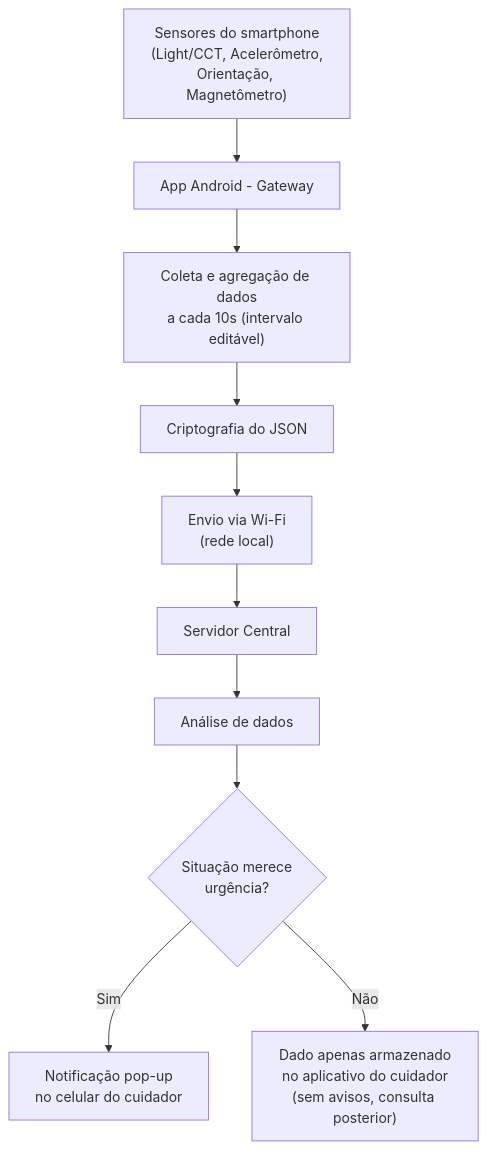
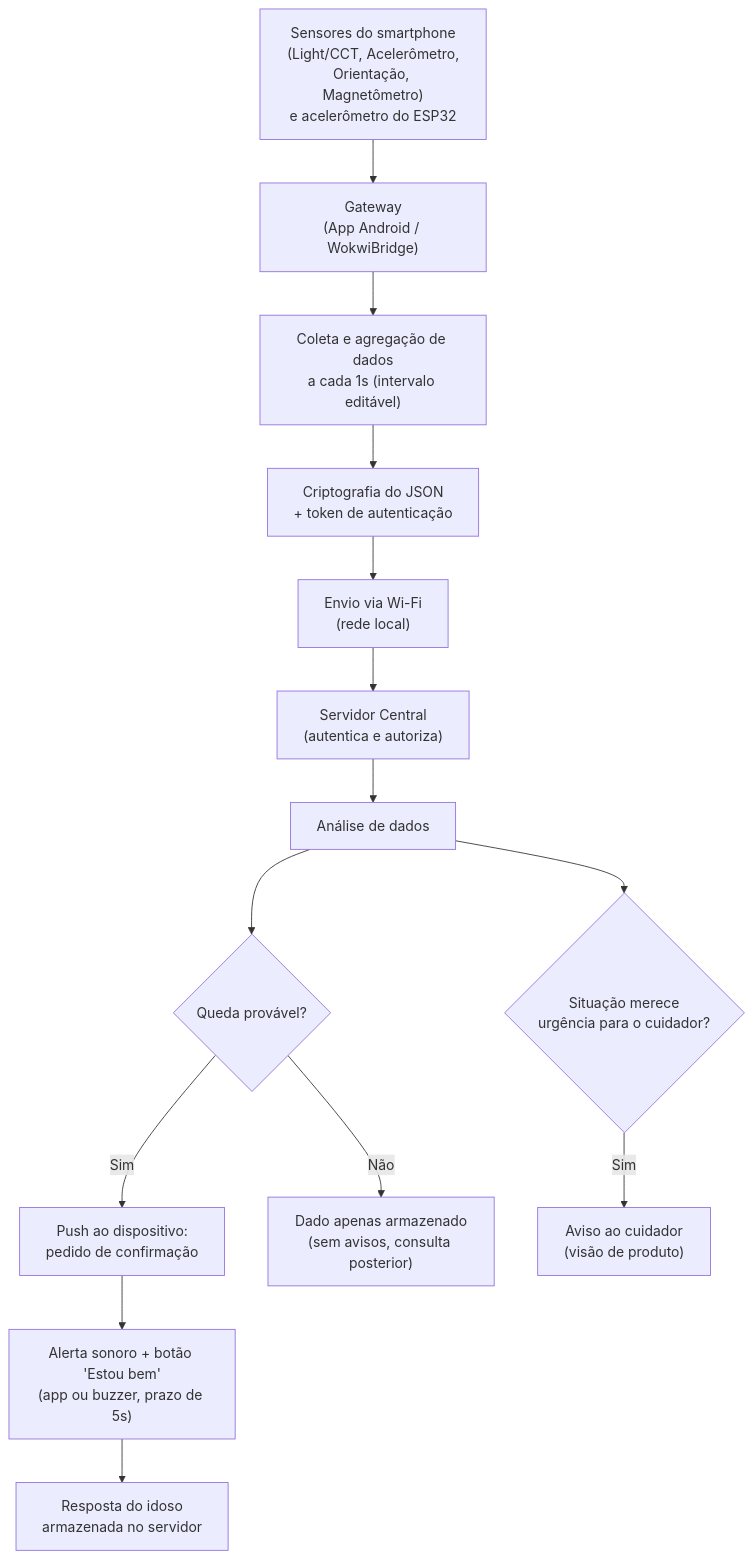
The diagram in README.md (UFG-INF-SSU-2026/Flow), drawn with Mermaid before and after one commit. The commit also changed other lines of this file and 3 other files, not shown here.

````diff
--- a/README.md
+++ b/README.md
@@ -121,12 +144,16 @@
 ```mermaid
 flowchart TD
-    A["Sensores do smartphone<br/>(Light/CCT, Acelerômetro,<br/>Orientação, Magnetômetro)"] --> B["App Android - Gateway"]
-    B --> C["Coleta e agregação de dados<br/>a cada 10s (intervalo editável)"]
-    C --> D["Criptografia do JSON"]
+    A["Sensores do smartphone<br/>(Light/CCT, Acelerômetro,<br/>Orientação, Magnetômetro)<br/>e acelerômetro do ESP32"] --> B["Gateway<br/>(App Android / WokwiBridge)"]
+    B --> C["Coleta e agregação de dados<br/>a cada 1s (intervalo editável)"]
+    C --> D["Criptografia do JSON<br/>+ token de autenticação"]
     D --> E["Envio via Wi-Fi<br/>(rede local)"]
-    E --> F["Servidor Central"]
+    E --> F["Servidor Central<br/>(autentica e autoriza)"]
     F --> G["Análise de dados"]
-    G --> H{"Situação merece<br/>urgência?"}
-    H -->|"Sim"| I["Notificação pop-up<br/>no celular do cuidador"]
-    H -->|"Não"| J["Dado apenas armazenado<br/>no aplicativo do cuidador<br/>(sem avisos, consulta posterior)"]
+    G --> H{"Queda provável?"}
+    H -->|"Sim"| I["Push ao dispositivo:<br/>pedido de confirmação"]
+    I --> J["Alerta sonoro + botão 'Estou bem'<br/>(app ou buzzer, prazo de 5s)"]
+    J --> K["Resposta do idoso<br/>armazenada no servidor"]
+    H -->|"Não"| L["Dado apenas armazenado<br/>(sem avisos, consulta posterior)"]
+    G --> M{"Situação merece<br/>urgência para o cuidador?"}
+    M -->|"Sim"| N["Aviso ao cuidador<br/>(visão de produto)"]
 ```
````
